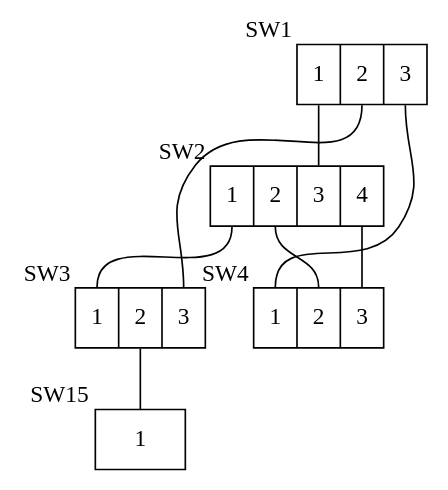
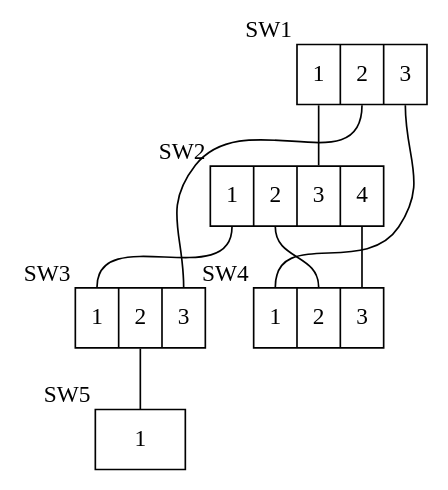
The diagram in testnet.dot (martimy/stp_simulator), drawn with Graphviz before and after one commit. The commit also changed 1 other file, not shown here.

```diff
--- a/testnet.dot
+++ b/testnet.dot
@@ -1,23 +1,23 @@
 // A dot file of a 5-switch network
 // Switches' shape and labels are useful for displaying the switch ports
 
 graph MG {
   node [shape=record]
   
   SW1 [label="<1>1|<2>2|<3>3" mac="00:00:00:00:00:01" priority=32768 xlabel=SW1]
   SW2 [label="<1>1|<2>2|<3>3|<4>4" mac="00:00:00:00:00:02" priority=32768 xlabel=SW2]
   SW3 [label="<1>1|<2>2|<3>3" mac="00:00:00:00:00:03" priority=32768 xlabel=SW3]
   SW4 [label="<1>1|<2>2|<3>3" mac="00:00:00:00:00:04" priority=32768 xlabel=SW4]
-  SW5 [label="<1>1" mac="00:00:00:00:00:05" priority=32768 xlabel=SW15]
+  SW5 [label="<1>1" mac="00:00:00:00:00:05" priority=32768 xlabel=SW5]
 
-  SW1:1 -- SW2:3 [speed=100];
+  SW1:1 -- SW2:3 [speed=1000];
   SW1:2 -- SW3:3 [speed=100];
   SW1:3 -- SW4:1 [speed=100];
 
   SW2:1 -- SW3:1 [speed=100];
   SW2:2 -- SW4:2 [speed=100];
   SW2:4 -- SW4:3 [speed=100];
 
   SW3:2 -- SW5:1 [speed=100]; 
   
 }
```
